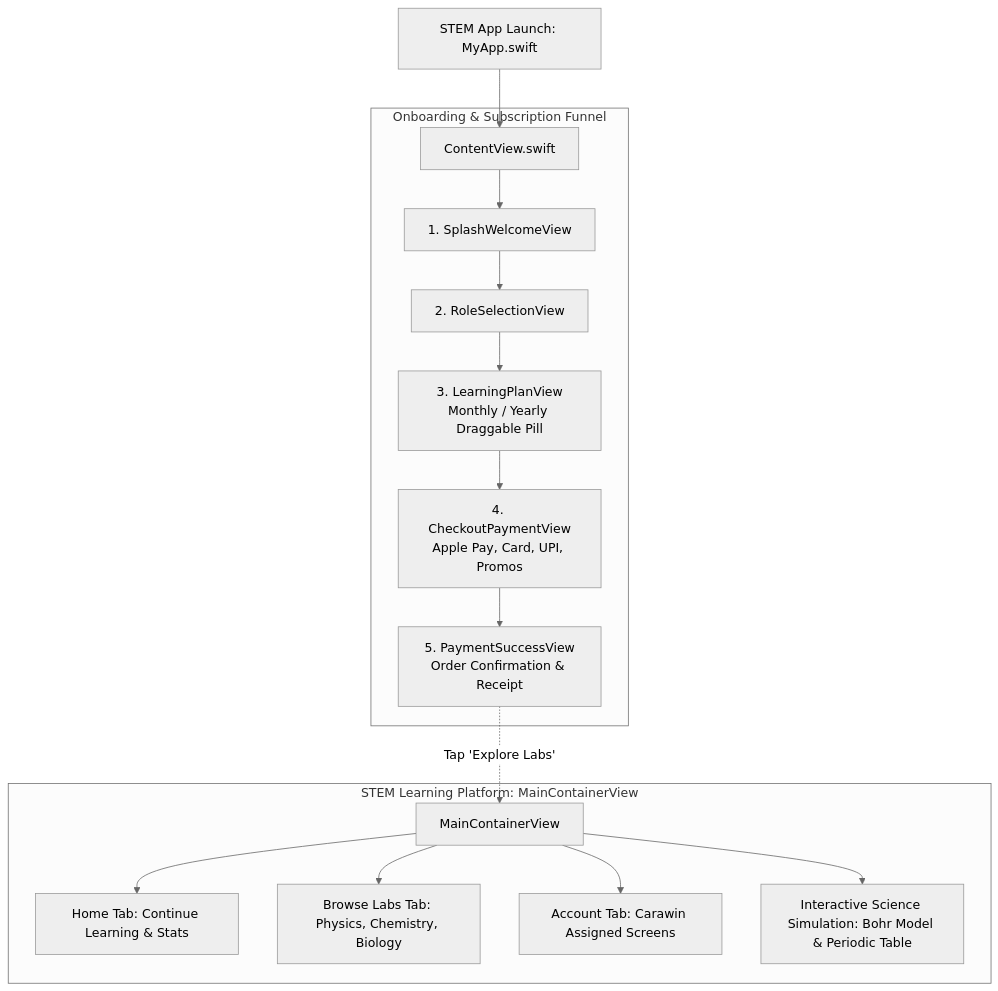
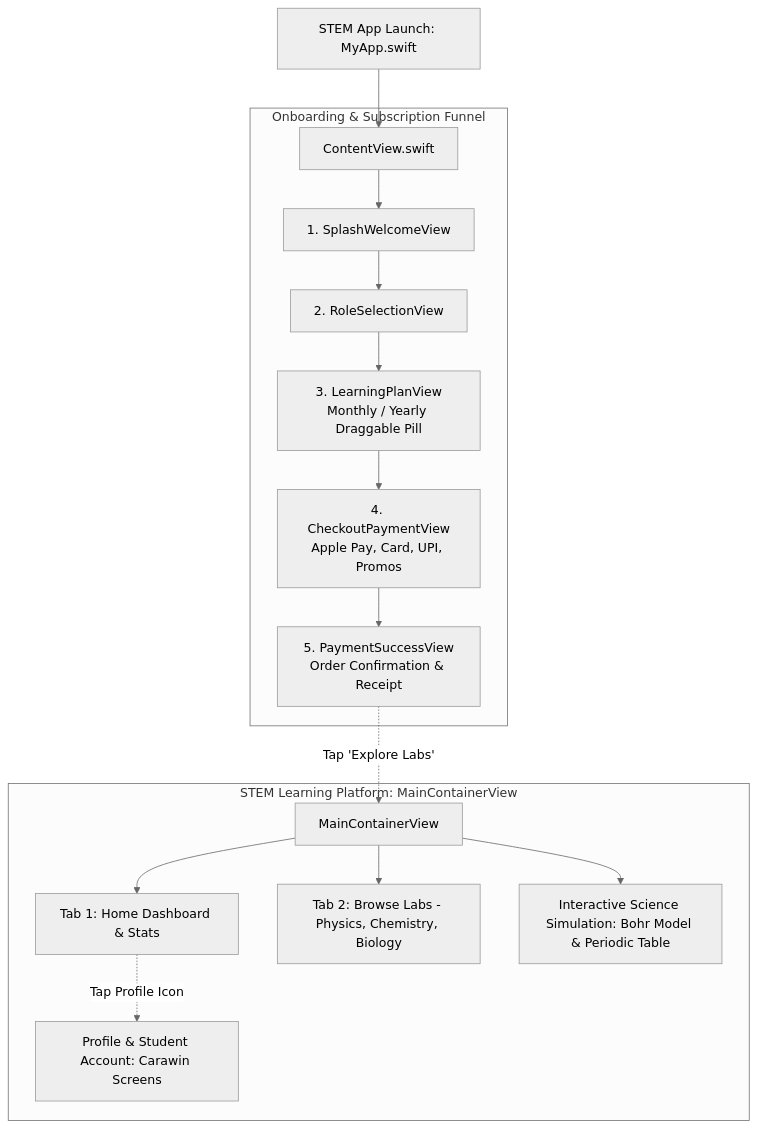
The diagram in README.md (priyanshi-gs/iOS-app), drawn with Mermaid (neutral theme) before and after one commit. The commit also changed 5 other files, not shown here.

Commit message:
Configure 2 tabs (Home and Labs) and connect profile icon on Home screen to Profile screens

````diff
--- a/README.md
+++ b/README.md
@@ -24,20 +24,20 @@
 ```mermaid
 flowchart TD
     App[STEM App Launch: MyApp.swift] --> Content[ContentView.swift]
     
     subgraph Onboarding ["Onboarding & Subscription Funnel"]
         Content --> Splash[1. SplashWelcomeView]
         Splash --> Role[2. RoleSelectionView]
         Role --> Plans[3. LearningPlanView\nMonthly / Yearly Draggable Pill]
         Plans --> Checkout[4. CheckoutPaymentView\nApple Pay, Card, UPI, Promos]
         Checkout --> Success[5. PaymentSuccessView\nOrder Confirmation & Receipt]
     end
     
     subgraph Platform ["STEM Learning Platform: MainContainerView"]
         Success -.->|Tap 'Explore Labs'| Dashboard[MainContainerView]
-        Dashboard --> Home[Home Tab: Continue Learning & Stats]
-        Dashboard --> Labs[Browse Labs Tab: Physics, Chemistry, Biology]
-        Dashboard --> Account[Account Tab: Carawin Assigned Screens]
+        Dashboard --> Home[Tab 1: Home Dashboard & Stats]
+        Dashboard --> Labs[Tab 2: Browse Labs - Physics, Chemistry, Biology]
+        Home -.->|Tap Profile Icon| Account[Profile & Student Account: Carawin Screens]
         Dashboard --> Sim[Interactive Science Simulation: Bohr Model & Periodic Table]
     end
 ```
````
